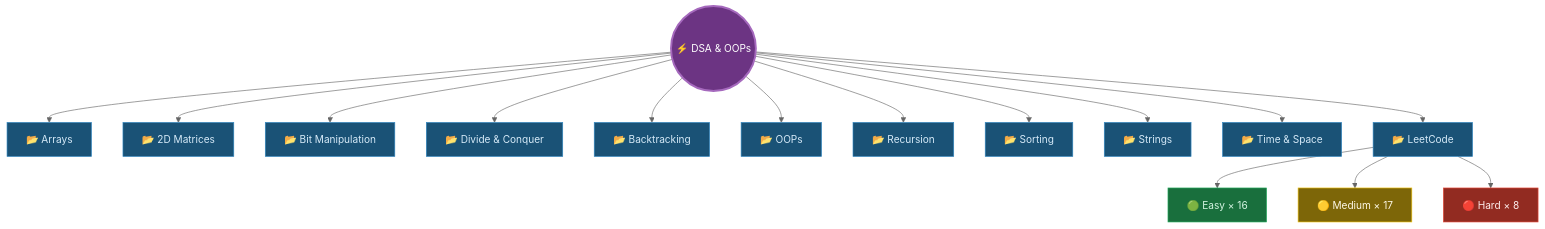
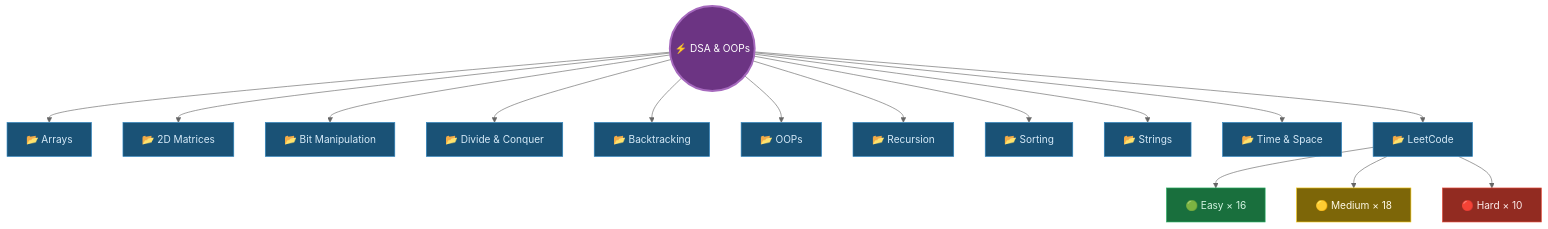
One commit to raghuvanshi-sec/DSA changed the diagram in README.md. Above: the diagram before and after it, drawn with Mermaid (neutral theme). The commit also changed other lines of this file and 10 other files, not shown here.

````diff
--- a/README.md
+++ b/README.md
@@ -79,36 +79,36 @@
 ```mermaid
 graph TD
     R(("⚡ DSA & OOPs"))
 
     R --> A["📂 Arrays"]
     R --> M["📂 2D Matrices"]
     R --> B["📂 Bit Manipulation"]
     R --> DC["📂 Divide & Conquer"]
     R --> BK["📂 Backtracking"]
     R --> O["📂 OOPs"]
     R --> REC["📂 Recursion"]
     R --> S["📂 Sorting"]
     R --> ST["📂 Strings"]
     R --> TS["📂 Time & Space"]
     R --> LC["📂 LeetCode"]
 
     LC --> E["🟢 Easy × 16"]
-    LC --> MD["🟡 Medium × 17"]
-    LC --> H["🔴 Hard × 8"]
+    LC --> MD["🟡 Medium × 18"]
+    LC --> H["🔴 Hard × 10"]
 
     style R fill:#6c3483,stroke:#a569bd,stroke-width:3px,color:#fff
     style A fill:#1a5276,stroke:#2e86c1,color:#d6eaf8
     style M fill:#1a5276,stroke:#2e86c1,color:#d6eaf8
     style B fill:#1a5276,stroke:#2e86c1,color:#d6eaf8
     style DC fill:#1a5276,stroke:#2e86c1,color:#d6eaf8
     style BK fill:#1a5276,stroke:#2e86c1,color:#d6eaf8
     style O fill:#1a5276,stroke:#2e86c1,color:#d6eaf8
     style REC fill:#1a5276,stroke:#2e86c1,color:#d6eaf8
     style S fill:#1a5276,stroke:#2e86c1,color:#d6eaf8
     style ST fill:#1a5276,stroke:#2e86c1,color:#d6eaf8
     style TS fill:#1a5276,stroke:#2e86c1,color:#d6eaf8
     style LC fill:#1a5276,stroke:#2e86c1,color:#d6eaf8
     style E fill:#196f3d,stroke:#27ae60,color:#d5f5e3
     style MD fill:#7d6608,stroke:#f1c40f,color:#fef9e7
     style H fill:#922b21,stroke:#e74c3c,color:#fdedec
 ```
````
